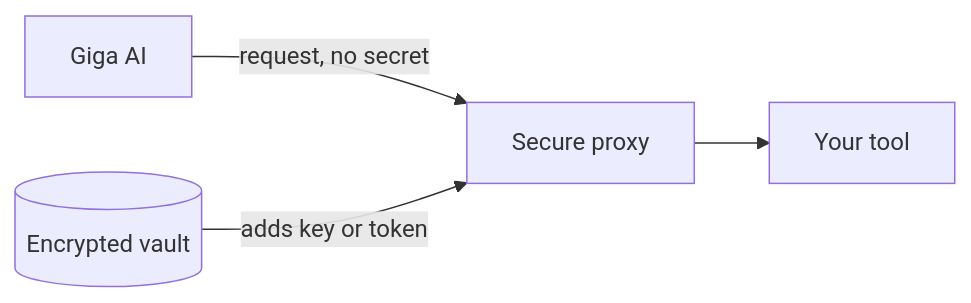
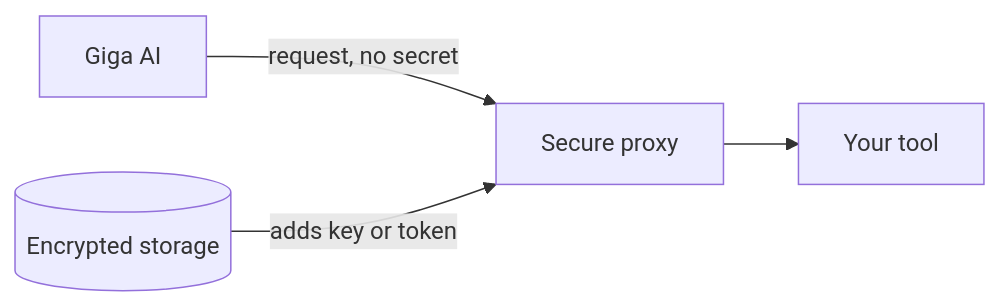
One commit to tonyennis145/documentationai-Docs changed the diagram in connect/security.mdx. Above: the diagram before and after it, drawn with Mermaid. The commit also changed other lines of this file and 91 other files, not shown here.

````diff
--- a/connect/security.mdx
+++ b/connect/security.mdx
@@ -14,6 +14,6 @@
 ```mermaid
 graph LR
     AI[Giga AI] -->|request, no secret| P[Secure proxy]
-    V[(Encrypted vault)] -->|adds key or token| P
+    V[(Encrypted storage)] -->|adds key or token| P
     P --> T[Your tool]
 ```
````
